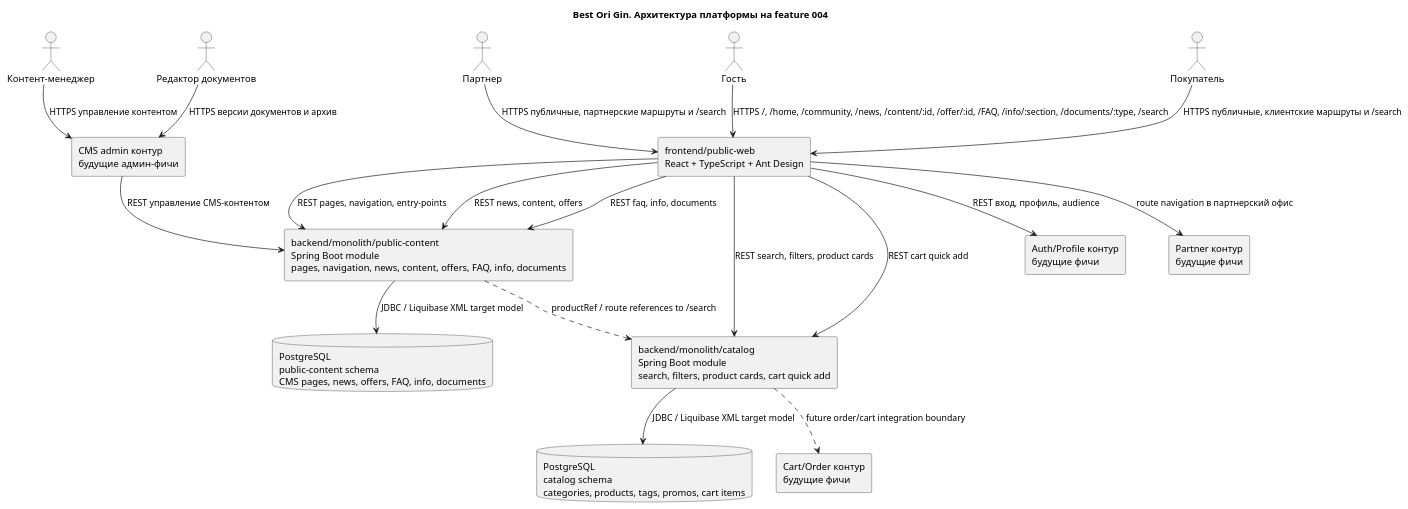
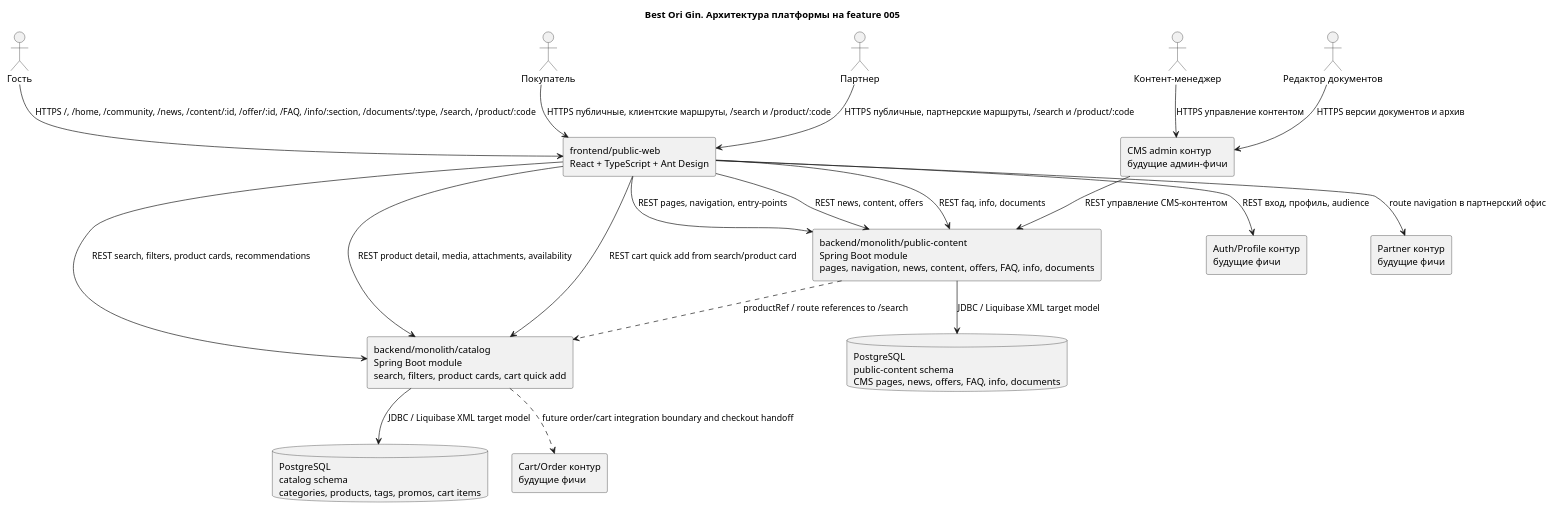
One commit to alextaralexander/ai_ori_test changed the diagram in agents/architecture/architecture.plantuml. Above: the diagram before and after it, drawn with PlantUML. The commit also changed 48 other files, not shown here.

```diff
--- a/agents/architecture/architecture.plantuml
+++ b/agents/architecture/architecture.plantuml
@@ -1,41 +1,42 @@
 @startuml
-title Best Ori Gin. Архитектура платформы на feature 004
+title Best Ori Gin. Архитектура платформы на feature 005
 
 skinparam componentStyle rectangle
 
 actor "Гость" as Guest
 actor "Покупатель" as Customer
 actor "Партнер" as Partner
 actor "Контент-менеджер" as ContentManager
 actor "Редактор документов" as LegalEditor
 
 component "frontend/public-web\nReact + TypeScript + Ant Design" as PublicWeb
 component "backend/monolith/public-content\nSpring Boot module\npages, navigation, news, content, offers, FAQ, info, documents" as PublicContent
 component "backend/monolith/catalog\nSpring Boot module\nsearch, filters, product cards, cart quick add" as Catalog
 database "PostgreSQL\npublic-content schema\nCMS pages, news, offers, FAQ, info, documents" as PublicDb
 database "PostgreSQL\ncatalog schema\ncategories, products, tags, promos, cart items" as CatalogDb
 component "CMS admin контур\nбудущие админ-фичи" as CmsAdmin
 component "Auth/Profile контур\nбудущие фичи" as AuthProfile
 component "Cart/Order контур\nбудущие фичи" as CartOrder
 component "Partner контур\nбудущие фичи" as PartnerArea
 
-Guest --> PublicWeb : HTTPS /, /home, /community, /news, /content/:id, /offer/:id, /FAQ, /info/:section, /documents/:type, /search
-Customer --> PublicWeb : HTTPS публичные, клиентские маршруты и /search
-Partner --> PublicWeb : HTTPS публичные, партнерские маршруты и /search
+Guest --> PublicWeb : HTTPS /, /home, /community, /news, /content/:id, /offer/:id, /FAQ, /info/:section, /documents/:type, /search, /product/:code
+Customer --> PublicWeb : HTTPS публичные, клиентские маршруты, /search и /product/:code
+Partner --> PublicWeb : HTTPS публичные, партнерские маршруты, /search и /product/:code
 ContentManager --> CmsAdmin : HTTPS управление контентом
 LegalEditor --> CmsAdmin : HTTPS версии документов и архив
 
 PublicWeb --> PublicContent : REST pages, navigation, entry-points
 PublicWeb --> PublicContent : REST news, content, offers
 PublicWeb --> PublicContent : REST faq, info, documents
-PublicWeb --> Catalog : REST search, filters, product cards
-PublicWeb --> Catalog : REST cart quick add
+PublicWeb --> Catalog : REST search, filters, product cards, recommendations
+PublicWeb --> Catalog : REST product detail, media, attachments, availability
+PublicWeb --> Catalog : REST cart quick add from search/product card
 PublicContent --> PublicDb : JDBC / Liquibase XML target model
 Catalog --> CatalogDb : JDBC / Liquibase XML target model
 CmsAdmin --> PublicContent : REST управление CMS-контентом
 PublicWeb --> AuthProfile : REST вход, профиль, audience
 PublicContent ..> Catalog : productRef / route references to /search
-Catalog ..> CartOrder : future order/cart integration boundary
+Catalog ..> CartOrder : future order/cart integration boundary and checkout handoff
 PublicWeb --> PartnerArea : route navigation в партнерский офис
 
 @enduml
```
